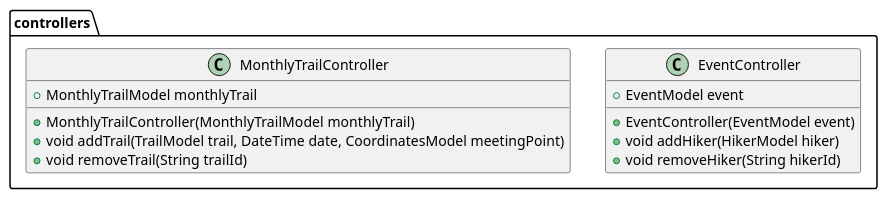
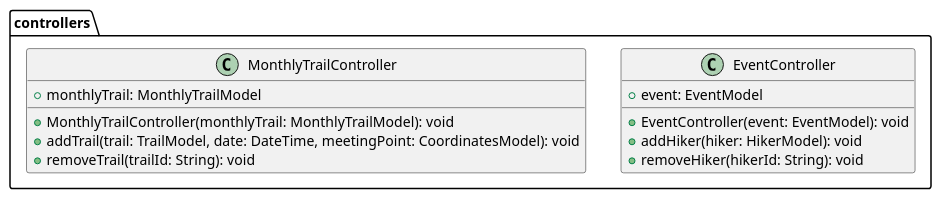
Before and after one commit to tiagors09/pe_na_pedra: the diagram in docs/diagrams/src/pe_na_pedra_class_diagram_3.plantuml, drawn with PlantUML. The commit also changed 8 other files, not shown here.

Commit message:
refactor: :recycle: refactor class diagram plantuml code

```diff
--- a/docs/diagrams/src/pe_na_pedra_class_diagram_3.plantuml
+++ b/docs/diagrams/src/pe_na_pedra_class_diagram_3.plantuml
@@ -1,17 +1,17 @@
 @startuml pe_na_pedra_class_diagram_3
 package controllers {
   class EventController {
-    + EventModel event
-    + EventController(EventModel event)
-    + void addHiker(HikerModel hiker)
-    + void removeHiker(String hikerId)
+    + event: EventModel
+    + EventController(event: EventModel): void
+    + addHiker(hiker: HikerModel): void
+    + removeHiker(hikerId: String): void
   }
 
   class MonthlyTrailController{
-    + MonthlyTrailModel monthlyTrail
-    + MonthlyTrailController(MonthlyTrailModel monthlyTrail)
-    + void addTrail(TrailModel trail, DateTime date, CoordinatesModel meetingPoint)
-    + void removeTrail(String trailId)
+    + monthlyTrail: MonthlyTrailModel
+    + MonthlyTrailController(monthlyTrail: MonthlyTrailModel): void
+    + addTrail(trail: TrailModel, date: DateTime, meetingPoint: CoordinatesModel): void
+    + removeTrail(trailId: String): void
   }
 }
 @enduml
```
